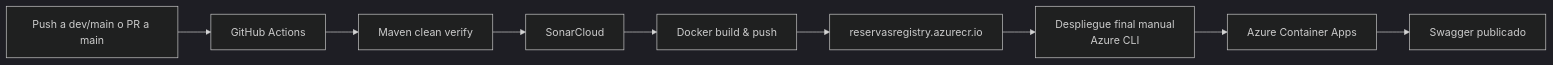
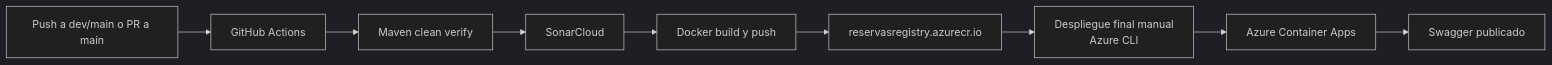
The fourth of 4 diagrams in README.md (spalacioc05/EAP09-Caso15-ReservasServicios-2026-1), drawn with Mermaid (dark theme) before and after one commit. The commit also changed other lines of this file, not shown here.

````diff
--- a/README.md
+++ b/README.md
@@ -653,11 +676,11 @@
 ```mermaid
 flowchart LR
     Dev[Push a dev/main o PR a main] --> GHA[GitHub Actions]
     GHA --> Verify[Maven clean verify]
     Verify --> Sonar[SonarCloud]
-    Sonar --> Docker[Docker build & push]
+    Sonar --> Docker[Docker build y push]
     Docker --> ACR[reservasregistry.azurecr.io]
     ACR --> Manual[Despliegue final manual<br/>Azure CLI]
     Manual --> ACA[Azure Container Apps]
     ACA --> Swagger[Swagger publicado]
 ```
````
